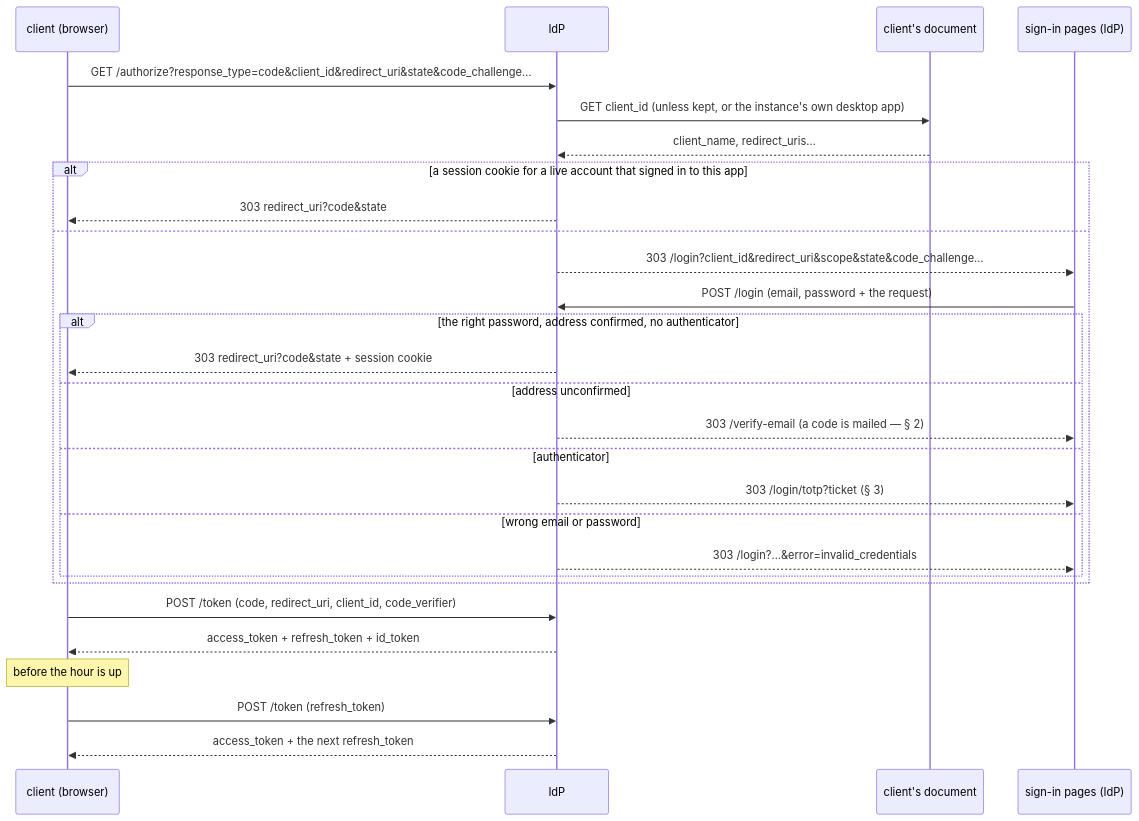
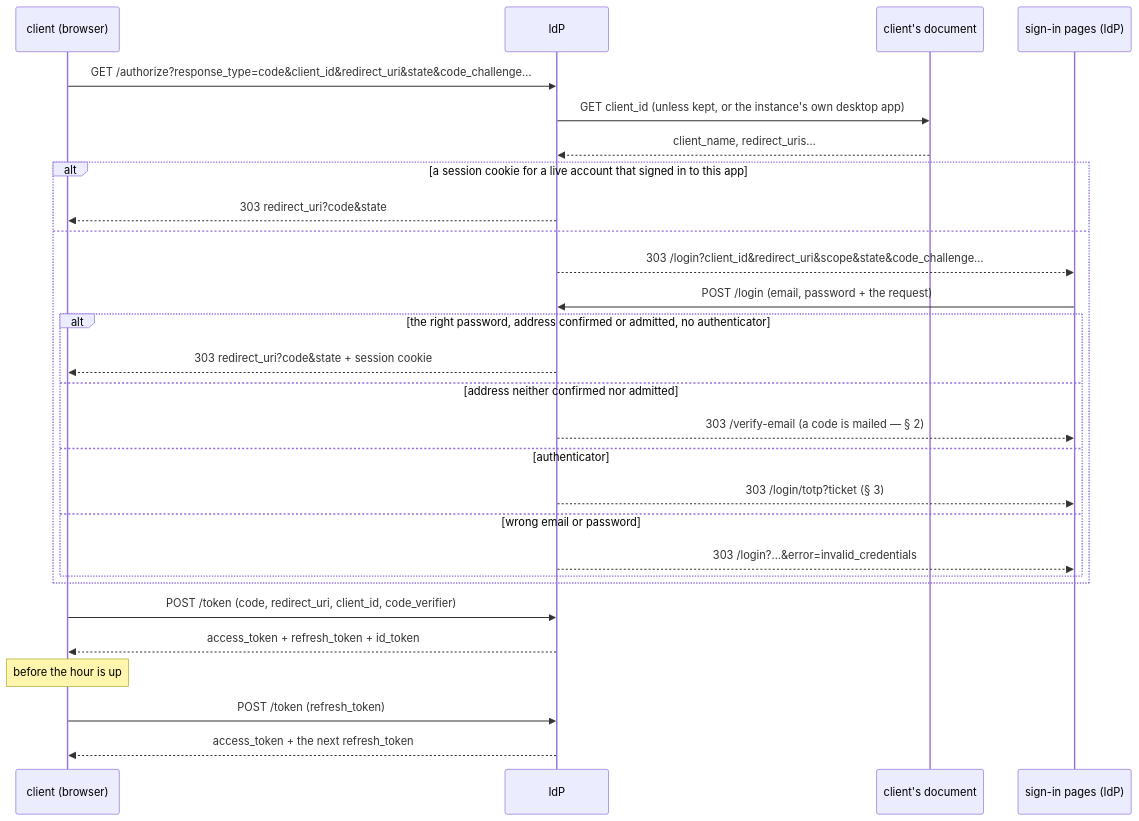
One commit to Pina-i/pinai changed the first of 7 diagrams in identity-provider/specs/auth.md. Above: the diagram before and after it, drawn with Mermaid. The commit also changed other lines of this file and 37 other files, not shown here.

````diff
--- a/identity-provider/specs/auth.md
+++ b/identity-provider/specs/auth.md
@@ -11,31 +11,31 @@
 ```mermaid
 sequenceDiagram
     participant C as client (browser)
     participant I as IdP
     participant D as client's document
     participant P as sign-in pages (IdP)
 
     C->>I: GET /authorize?response_type=code&client_id&redirect_uri&state&code_challenge…
     I->>D: GET client_id (unless kept, or the instance's own desktop app)
     D-->>I: client_name, redirect_uris…
     alt a session cookie for a live account that signed in to this app
         I-->>C: 303 redirect_uri?code&state
     else
         I-->>P: 303 /login?client_id&redirect_uri&scope&state&code_challenge…
         P->>I: POST /login (email, password + the request)
-        alt the right password, address confirmed, no authenticator
+        alt the right password, address confirmed or admitted, no authenticator
             I-->>C: 303 redirect_uri?code&state + session cookie
-        else address unconfirmed
+        else address neither confirmed nor admitted
             I-->>P: 303 /verify-email (a code is mailed — § 2)
         else authenticator
             I-->>P: 303 /login/totp?ticket (§ 3)
         else wrong email or password
             I-->>P: 303 /login?…&error=invalid_credentials
         end
     end
     C->>I: POST /token (code, redirect_uri, client_id, code_verifier)
     I-->>C: access_token + refresh_token + id_token
     Note over C: before the hour is up
     C->>I: POST /token (refresh_token)
     I-->>C: access_token + the next refresh_token
 ```
````
